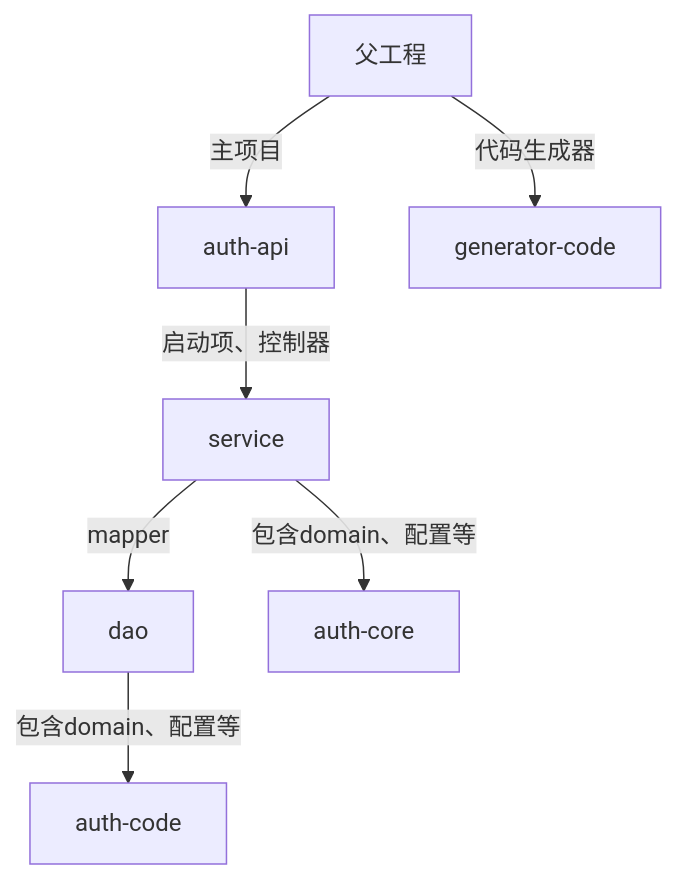
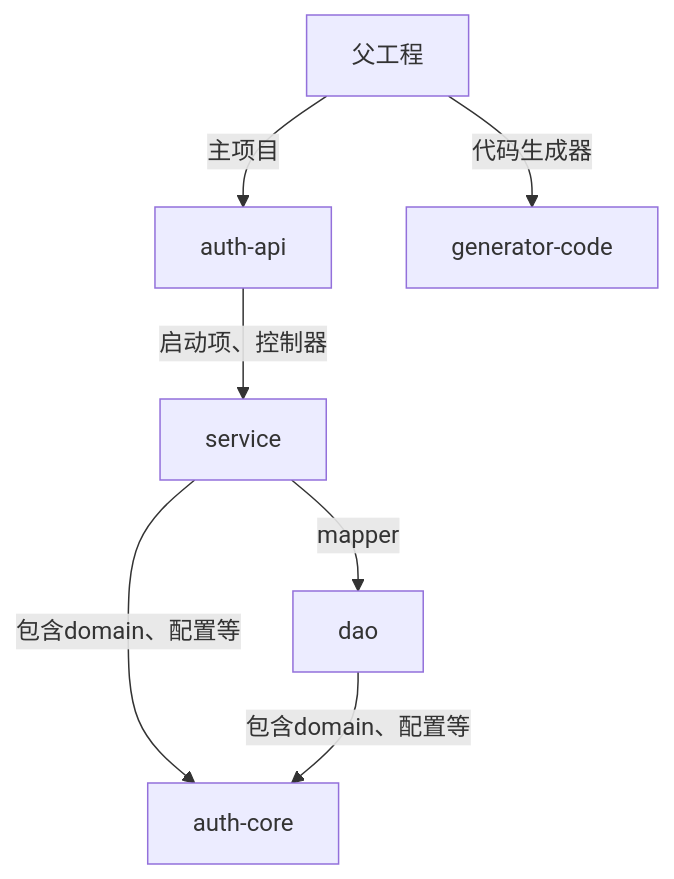
Before and after one commit to BunnyMaster/bunny-admin-web: the diagram in ReadMe.md, drawn with Mermaid. The commit also changed other lines of this file and 18 other files, not shown here.

````diff
--- a/ReadMe.md
+++ b/ReadMe.md
@@ -126,12 +127,12 @@
 ```mermaid
 graph TD
 
 父工程 -->|主项目| auth-api
 父工程 -->|代码生成器| generator-code
 auth-api -->|启动项、控制器| service
 service -->|mapper| dao
 service -->|包含domain、配置等| auth-core
-dao -->|包含domain、配置等| auth-code
+dao -->|包含domain、配置等| auth-core
 
 
 ```
````
